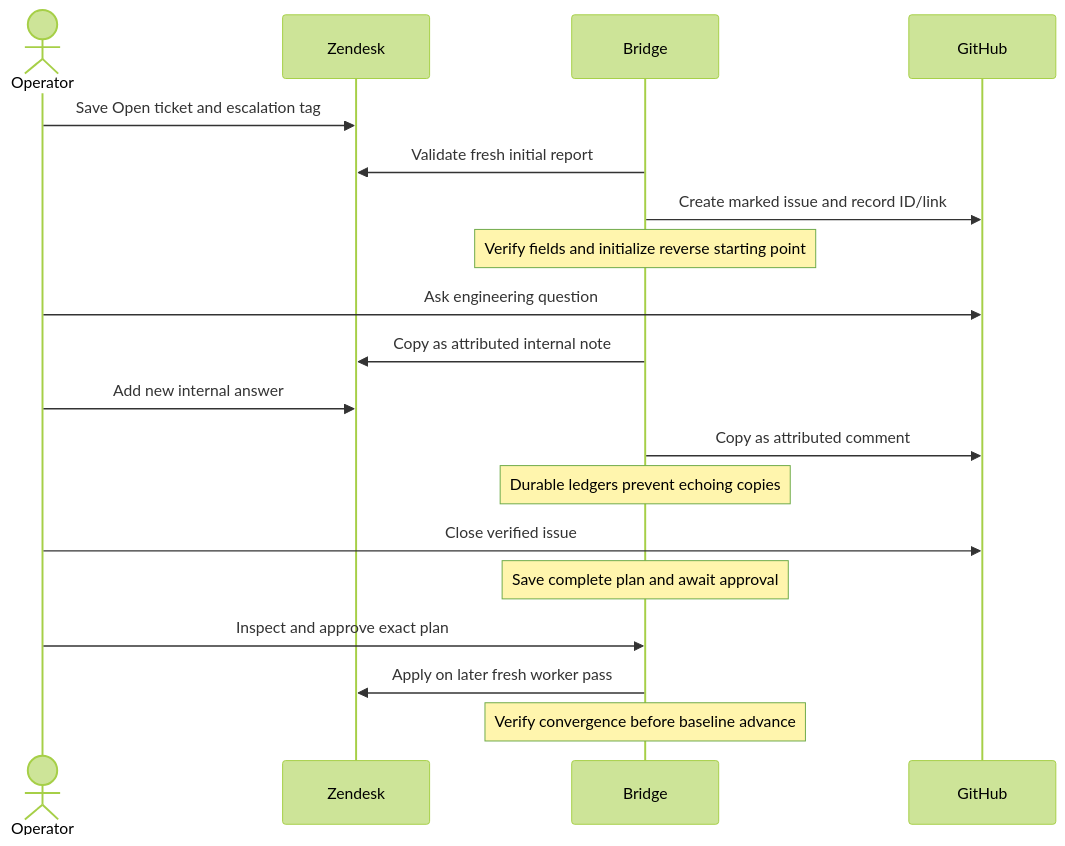
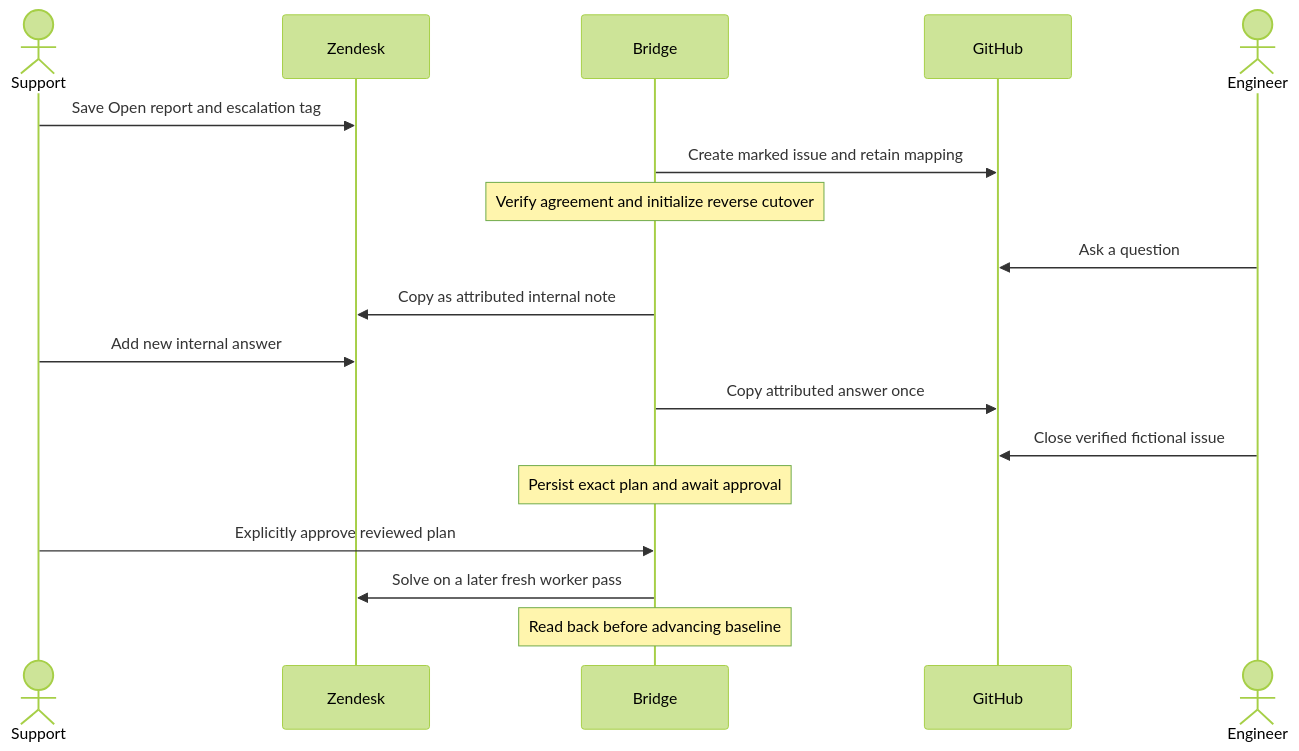
One commit to AlbertFlorescu/support-bridge changed the diagram in docs/SCENARIO.md. Above: the diagram before and after it, drawn with Mermaid (forest theme). The commit also changed other lines of this file and 22 other files, not shown here.

```diff
--- a/docs/SCENARIO.md
+++ b/docs/SCENARIO.md
@@ -24,21 +22,20 @@
 ~~~mermaid
 sequenceDiagram
-    actor Operator
+    actor Support
     participant ZD as Zendesk
     participant Bridge
     participant GH as GitHub
-    Operator->>ZD: Save Open ticket and escalation tag
-    Bridge->>ZD: Validate fresh initial report
-    Bridge->>GH: Create marked issue and record ID/link
-    Note over Bridge: Verify fields and initialize reverse starting point
-    Operator->>GH: Ask engineering question
+    actor Engineer
+    Support->>ZD: Save Open report and escalation tag
+    Bridge->>GH: Create marked issue and retain mapping
+    Note over Bridge: Verify agreement and initialize reverse cutover
+    Engineer->>GH: Ask a question
     Bridge->>ZD: Copy as attributed internal note
-    Operator->>ZD: Add new internal answer
-    Bridge->>GH: Copy as attributed comment
-    Note over Bridge: Durable ledgers prevent echoing copies
-    Operator->>GH: Close verified issue
-    Note over Bridge: Save complete plan and await approval
-    Operator->>Bridge: Inspect and approve exact plan
-    Bridge->>ZD: Apply on later fresh worker pass
-    Note over Bridge: Verify convergence before baseline advance
+    Support->>ZD: Add new internal answer
+    Bridge->>GH: Copy attributed answer once
+    Engineer->>GH: Close verified fictional issue
+    Note over Bridge: Persist exact plan and await approval
+    Support->>Bridge: Explicitly approve reviewed plan
+    Bridge->>ZD: Solve on a later fresh worker pass
+    Note over Bridge: Read back before advancing baseline
 ~~~
```
